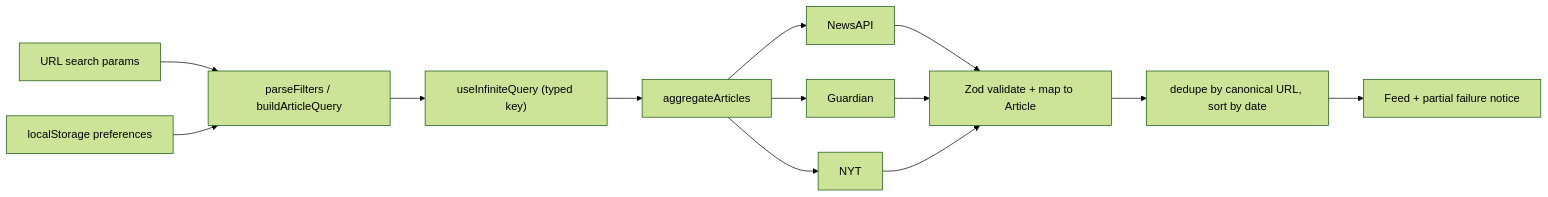
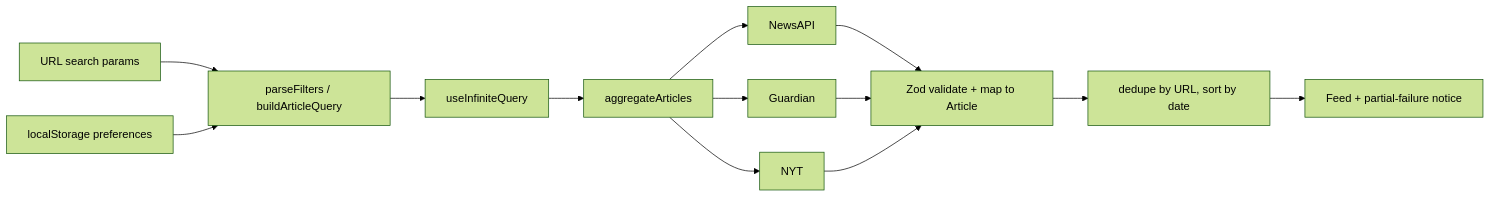
Before and after one commit to KhaledAshraf2/innoscripta-task: the diagram in README.md, drawn with Mermaid (forest theme). The commit also changed other lines of this file, not shown here.

Commit message:
docs: Update README to enhance clarity on project requirements, local setup, and API key usage; improve structure and add detailed notes on running with Docker

````diff
--- a/README.md
+++ b/README.md
@@ -94,15 +196,15 @@
 ```mermaid
 flowchart LR
   URL["URL search params"] --> Filters["parseFilters / buildArticleQuery"]
   Prefs["localStorage preferences"] --> Filters
-  Filters --> Query["useInfiniteQuery (typed key)"]
+  Filters --> Query["useInfiniteQuery"]
   Query --> Aggregate["aggregateArticles"]
   Aggregate --> NewsAPI
   Aggregate --> Guardian
   Aggregate --> NYT
   NewsAPI --> Normalize["Zod validate + map to Article"]
   Guardian --> Normalize
   NYT --> Normalize
-  Normalize --> Merge["dedupe by canonical URL, sort by date"]
-  Merge --> Feed["Feed + partial failure notice"]
+  Normalize --> Merge["dedupe by URL, sort by date"]
+  Merge --> Feed["Feed + partial-failure notice"]
 ```
````
